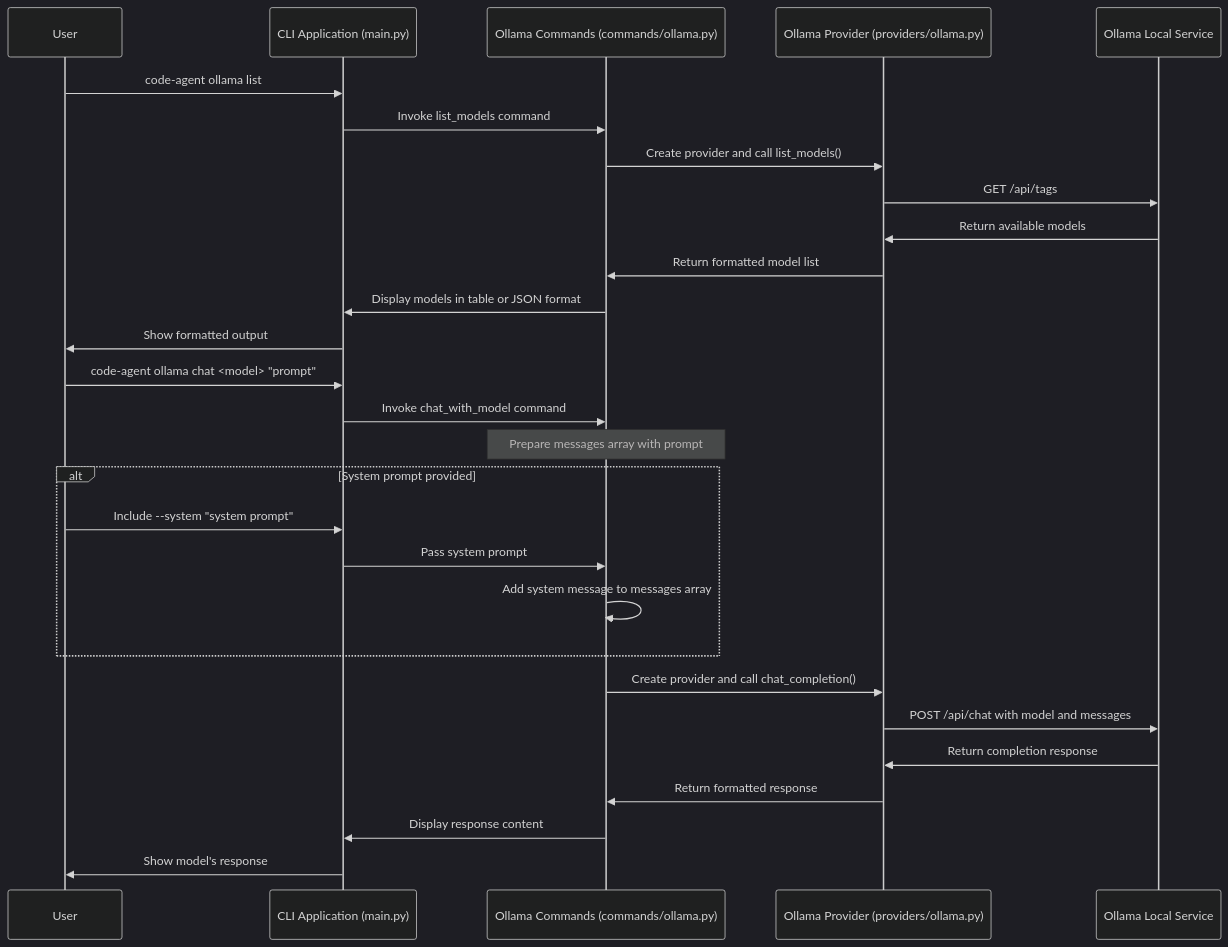
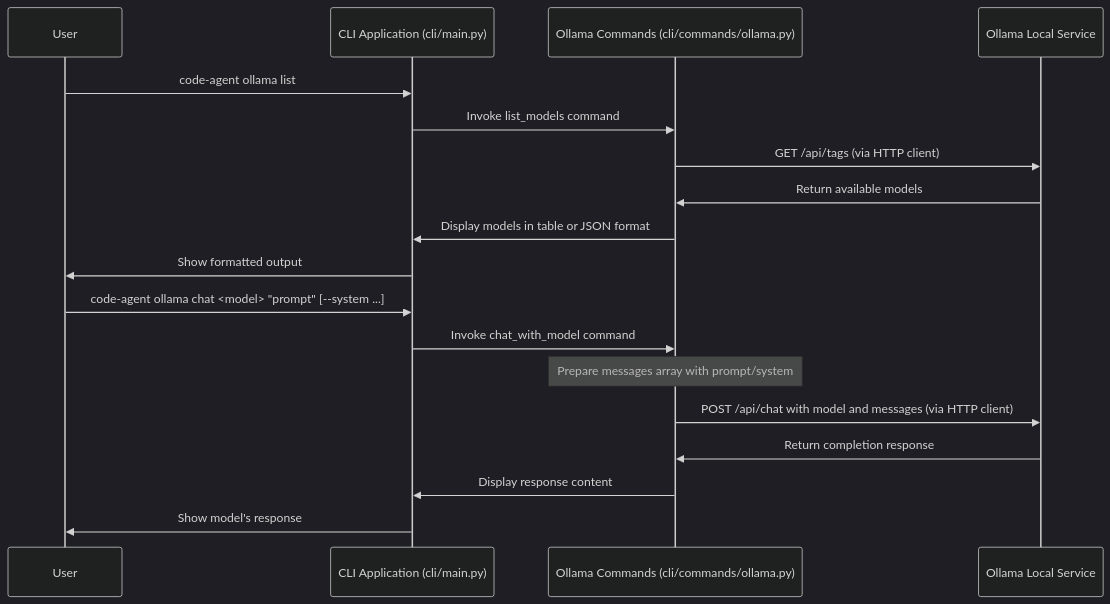
One commit to BlueCentre/code-agent changed the diagram in docs/feature_ollama_integration.md. Above: the diagram before and after it, drawn with Mermaid (dark theme). The commit also changed other lines of this file and 36 other files, not shown here.

````diff
--- a/docs/feature_ollama_integration.md
+++ b/docs/feature_ollama_integration.md
@@ -198,36 +102,24 @@
 ```mermaid
 sequenceDiagram
     participant User
-    participant CLI as CLI Application (main.py)
-    participant OllamaCmd as Ollama Commands (commands/ollama.py)
-    participant OllamaProvider as Ollama Provider (providers/ollama.py)
+    participant CLI as CLI Application (cli/main.py)
+    participant OllamaCmd as Ollama Commands (cli/commands/ollama.py)
     participant OllamaService as Ollama Local Service
 
     %% Model listing flow
     User->>CLI: code-agent ollama list
     CLI->>OllamaCmd: Invoke list_models command
-    OllamaCmd->>OllamaProvider: Create provider and call list_models()
-    OllamaProvider->>OllamaService: GET /api/tags
-    OllamaService->>OllamaProvider: Return available models
-    OllamaProvider->>OllamaCmd: Return formatted model list
+    OllamaCmd->>OllamaService: GET /api/tags (via HTTP client)
+    OllamaService->>OllamaCmd: Return available models
     OllamaCmd->>CLI: Display models in table or JSON format
     CLI->>User: Show formatted output
 
     %% Chat completion flow
-    User->>CLI: code-agent ollama chat <model> "prompt"
+    User->>CLI: code-agent ollama chat <model> "prompt" [--system ...]
     CLI->>OllamaCmd: Invoke chat_with_model command
-    Note over OllamaCmd: Prepare messages array with prompt
-
-    alt System prompt provided
-        User->>CLI: Include --system "system prompt"
-        CLI->>OllamaCmd: Pass system prompt
-        OllamaCmd->>OllamaCmd: Add system message to messages array
-    end
-
-    OllamaCmd->>OllamaProvider: Create provider and call chat_completion()
-    OllamaProvider->>OllamaService: POST /api/chat with model and messages
-    OllamaService->>OllamaProvider: Return completion response
-    OllamaProvider->>OllamaCmd: Return formatted response
+    Note over OllamaCmd: Prepare messages array with prompt/system
+    OllamaCmd->>OllamaService: POST /api/chat with model and messages (via HTTP client)
+    OllamaService->>OllamaCmd: Return completion response
     OllamaCmd->>CLI: Display response content
     CLI->>User: Show model's response
 ```
````
